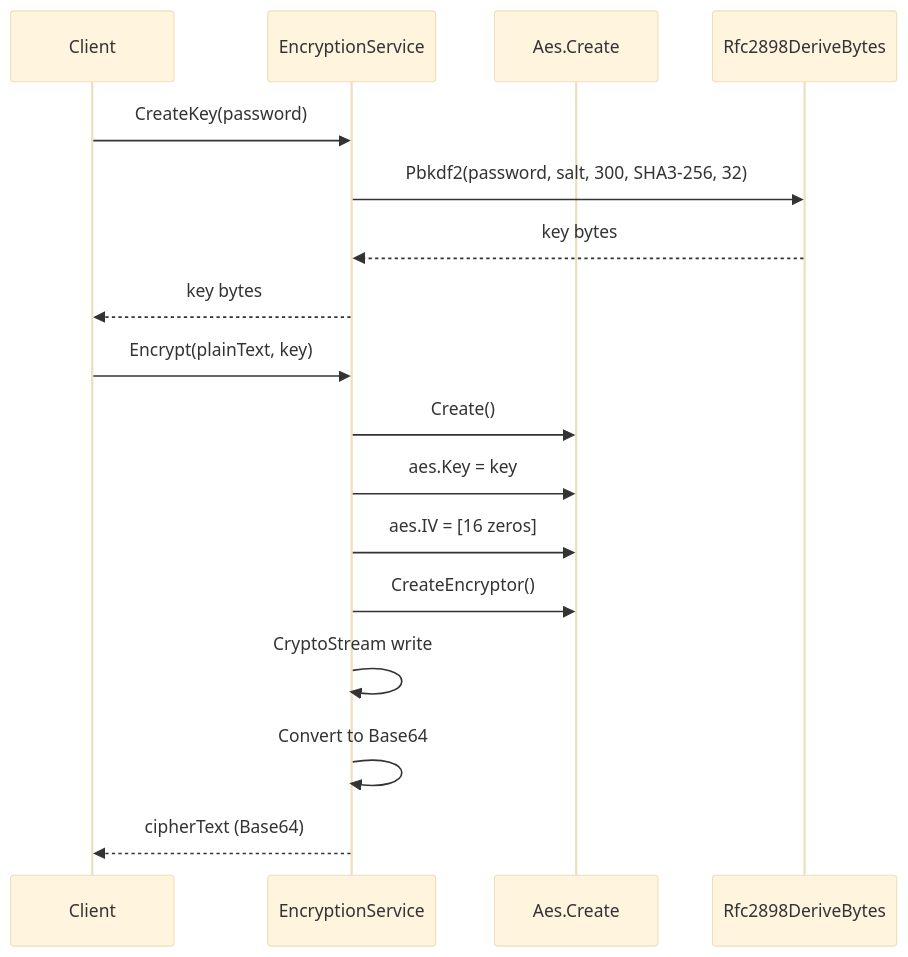
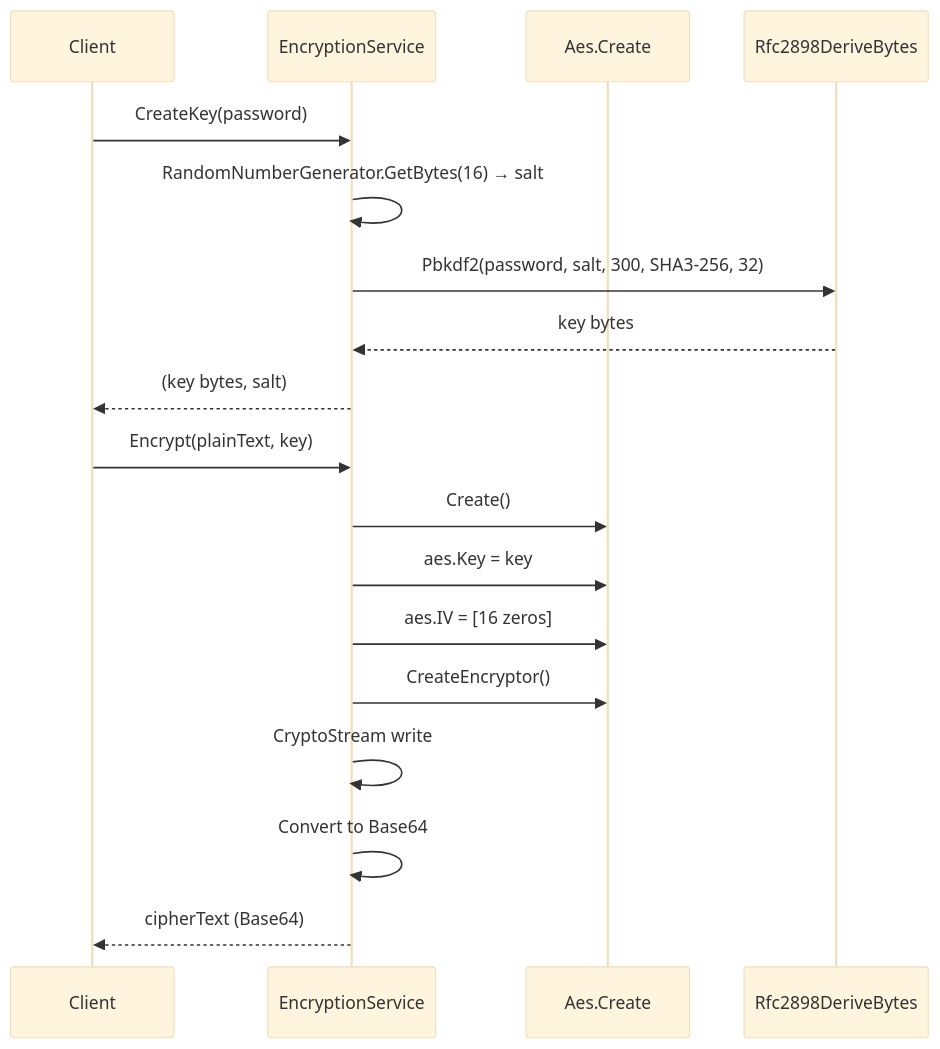
The first of 2 diagrams in docs/BuildingBlocks.Application/Ciphering/README.md (KiarashMinoo/ThunderPropagator.BuildingBlocks), drawn with Mermaid (base theme) before and after one commit. The commit also changed other lines of this file and 2 other files, not shown here.

First line of the commit message:
[ThunderPropagator.BuildingBlocks#81] Generate a random salt per key derivation in EncryptionService

````diff
--- a/docs/BuildingBlocks.Application/Ciphering/README.md
+++ b/docs/BuildingBlocks.Application/Ciphering/README.md
@@ -82,21 +87,22 @@
 ```mermaid
 sequenceDiagram
     participant C as Client
     participant ES as EncryptionService
     participant AES as Aes.Create
     participant PBKDF2 as Rfc2898DeriveBytes
     
     C->>ES: CreateKey(password)
+    ES->>ES: RandomNumberGenerator.GetBytes(16) → salt
     ES->>PBKDF2: Pbkdf2(password, salt, 300, SHA3-256, 32)
     PBKDF2-->>ES: key bytes
-    ES-->>C: key bytes
+    ES-->>C: (key bytes, salt)
     
     C->>ES: Encrypt(plainText, key)
     ES->>AES: Create()
     ES->>AES: aes.Key = key
     ES->>AES: aes.IV = [16 zeros]
     ES->>AES: CreateEncryptor()
     ES->>ES: CryptoStream write
     ES->>ES: Convert to Base64
     ES-->>C: cipherText (Base64)
 ```
````
